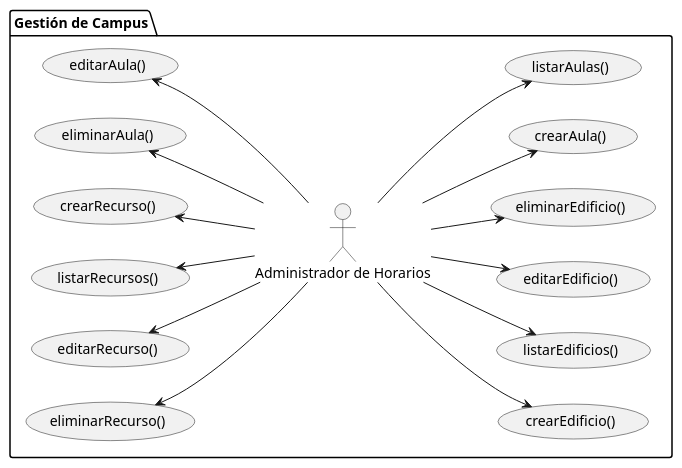
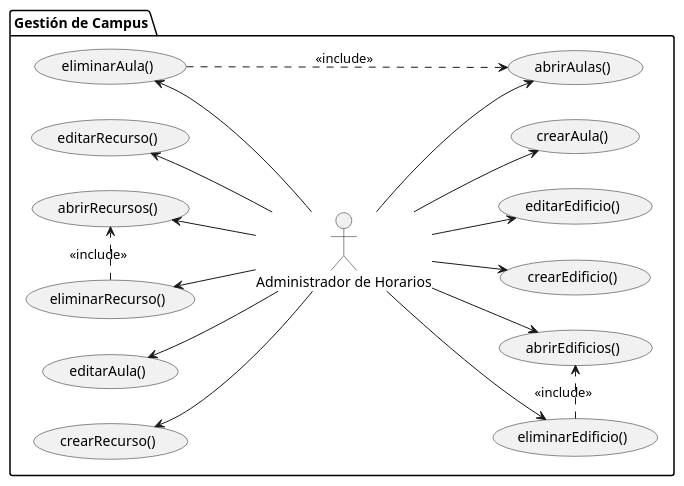
One commit to Hexcss/scheduler changed the diagram in RUP/00-casos-uso/01-actores-casos-uso/actores-casos-uso-003.puml. Above: the diagram before and after it, drawn with PlantUML. The commit also changed 16 other files, not shown here.

First line of the commit message:
feat(rup): implementar eliminarPrograma() con patrón <<include>>

```diff
--- a/RUP/00-casos-uso/01-actores-casos-uso/actores-casos-uso-003.puml
+++ b/RUP/00-casos-uso/01-actores-casos-uso/actores-casos-uso-003.puml
@@ -1,35 +1,39 @@
 @startuml
 
 left to right direction
 
 
 package "Gestión de Campus" {
 actor "Administrador de Horarios" as admin
     usecase crearEdificio as "crearEdificio()"
-    usecase listarEdificios as "listarEdificios()"
+    usecase abrirEdificios as "abrirEdificios()"
     usecase editarEdificio as "editarEdificio()"
     usecase eliminarEdificio as "eliminarEdificio()"
     usecase crearAula as "crearAula()"
-    usecase listarAulas as "listarAulas()"
+    usecase abrirAulas as "abrirAulas()"
     usecase editarAula as "editarAula()"
     usecase eliminarAula as "eliminarAula()"
     usecase crearRecurso as "crearRecurso()"
-    usecase listarRecursos as "listarRecursos()"
+    usecase abrirRecursos as "abrirRecursos()"
     usecase editarRecurso as "editarRecurso()"
     usecase eliminarRecurso as "eliminarRecurso()"
 }
 
 admin --> (crearEdificio)
-admin --> (listarEdificios)
+admin --> (abrirEdificios)
 admin --> (editarEdificio)
 admin --> (eliminarEdificio)
 admin --> (crearAula)
-admin --> (listarAulas)
+admin --> (abrirAulas)
 (editarAula) <-- admin
 (eliminarAula) <-- admin
 (crearRecurso) <-- admin
-(listarRecursos) <-- admin
+(abrirRecursos) <-- admin
 (editarRecurso) <-- admin
 (eliminarRecurso) <-- admin
 
+eliminarEdificio .> abrirEdificios : <<include>>
+eliminarAula .> abrirAulas : <<include>>
+eliminarRecurso .> abrirRecursos : <<include>>
+
 @enduml
```
